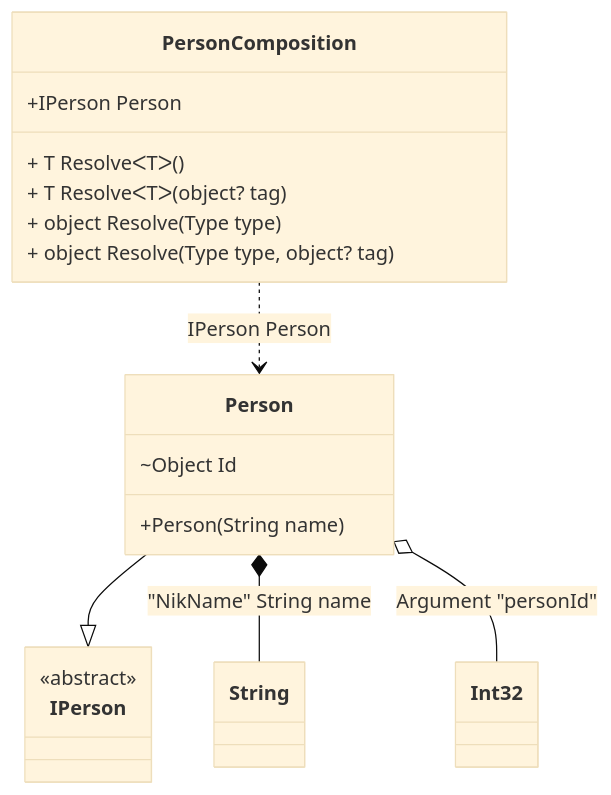
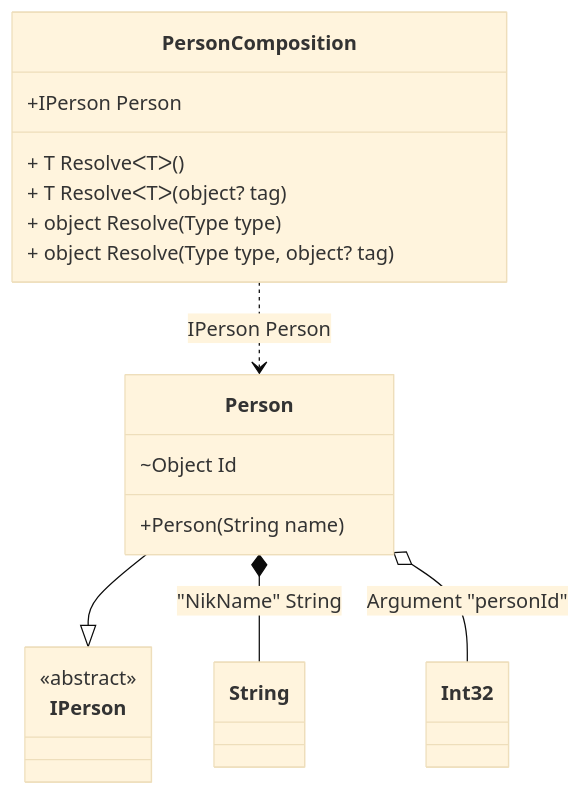
Before and after one commit to DevTeam/Pure.DI: the diagram in readme/custom-attributes.md, drawn with Mermaid (base theme). The commit also changed other lines of this file and 84 other files, not shown here.

````diff
--- a/readme/custom-attributes.md
+++ b/readme/custom-attributes.md
@@ -74,23 +74,23 @@
 ```mermaid
 classDiagram
   class PersonComposition {
     +IPerson Person
     + T ResolveᐸTᐳ()
     + T ResolveᐸTᐳ(object? tag)
     + object Resolve(Type type)
     + object Resolve(Type type, object? tag)
   }
   Person --|> IPerson : 
   class Person {
     +Person(String name)
     ~Object Id
   }
   class String
   class Int32
   class IPerson {
     <<abstract>>
   }
-  Person *--  String : "NikName"  String name
+  Person *--  String : "NikName"  String
   Person o-- Int32 : Argument "personId"
   PersonComposition ..> Person : IPerson Person
 ```
````
